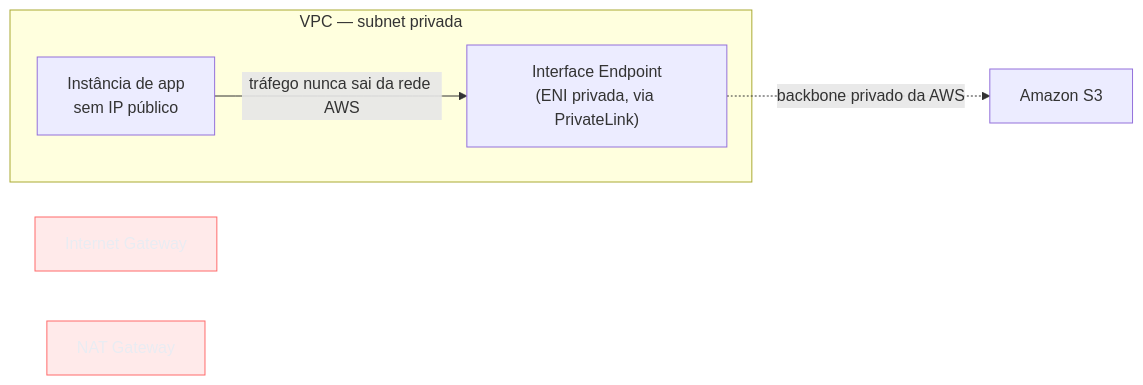
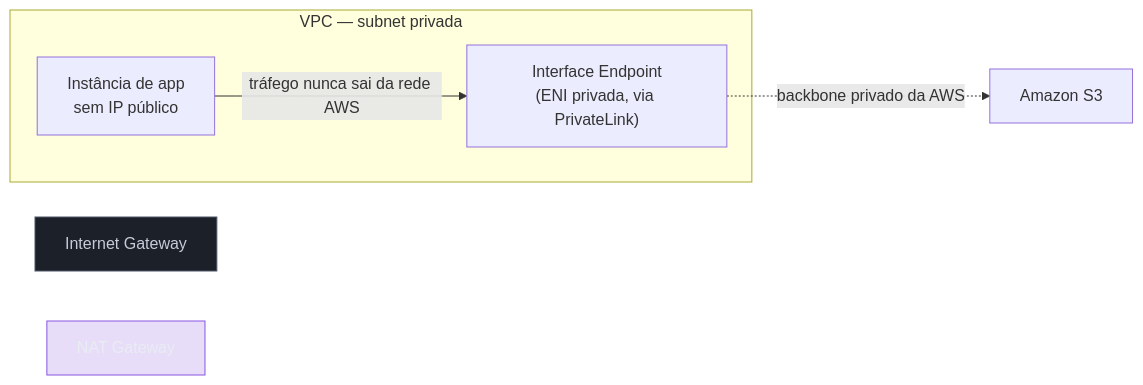
One commit to josenaldo/codex-technomanticus changed the second of 3 diagrams in 03-Dominios/Tecnologia/Cloud/18 - Segurança na cloud a fundo/04 - Segurança de rede e perímetro.md. Above: the diagram before and after it, drawn with Mermaid. The commit also changed other lines of this file and 601 other files, not shown here.

````diff
--- a/03-Dominios/Tecnologia/Cloud/18 - Segurança na cloud a fundo/04 - Segurança de rede e perímetro.md
+++ b/03-Dominios/Tecnologia/Cloud/18 - Segurança na cloud a fundo/04 - Segurança de rede e perímetro.md
@@ -122,15 +120,16 @@
 ```mermaid
 flowchart LR
-    classDef falha fill:#FF6B6B24,stroke:#FF6B6B,color:#E9ECF2
+    classDef marca fill:#8855DF33,stroke:#8855DF,color:#E9ECF2
+    classDef neutro fill:#1B2029,stroke:#4E5666,color:#C6CCD8
     subgraph VPC["VPC — subnet privada"]
         App["Instância de app<br/>sem IP público"]
         EP["Interface Endpoint<br/>(ENI privada, via PrivateLink)"]
     end
     App -->|"tráfego nunca sai da rede AWS"| EP
     EP -.->|"backbone privado da AWS"| S3["Amazon S3"]
 
     IGW["Internet Gateway"]
     NAT["NAT Gateway"]
-    class IGW falha
-    class NAT falha
+    class IGW neutro
+    class NAT marca
 ```
````
